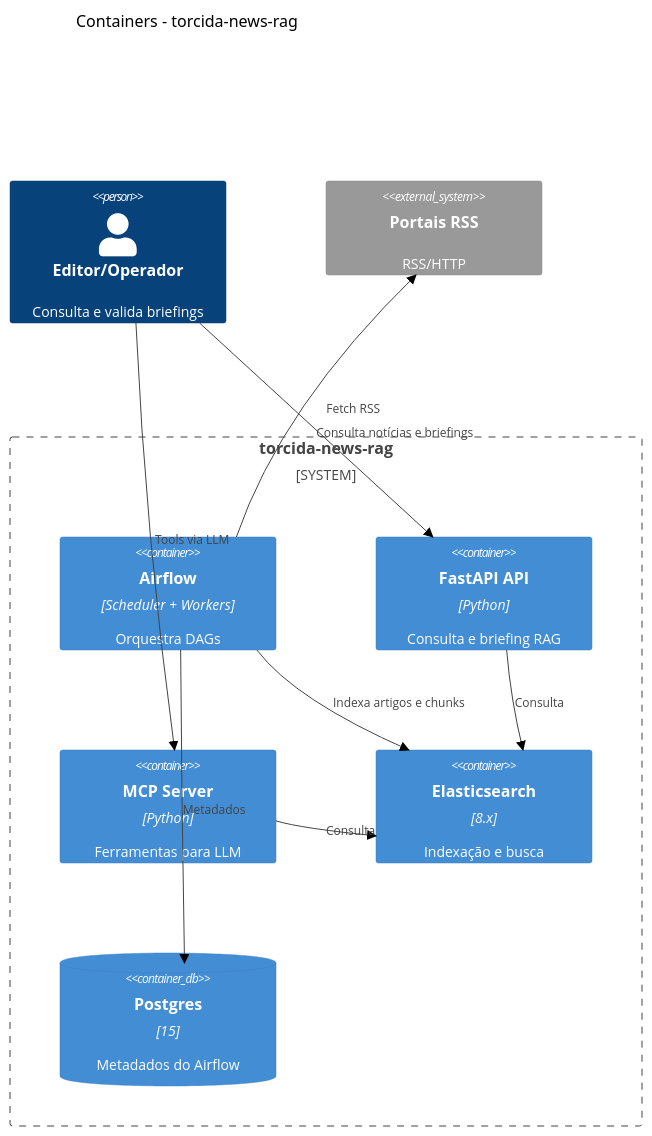
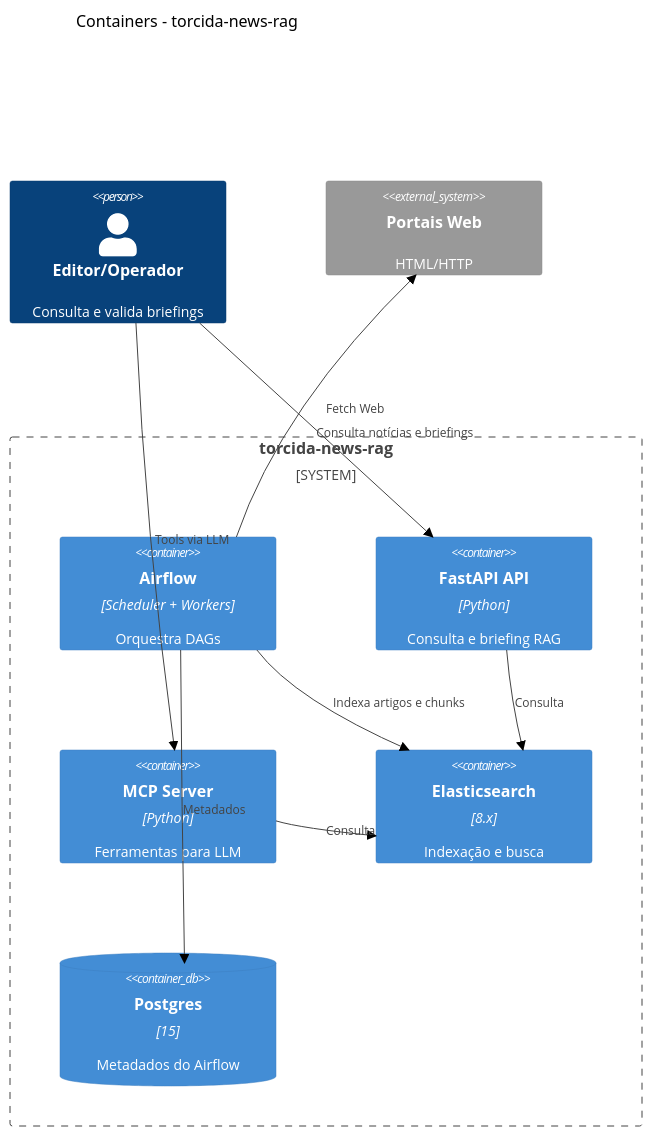
One commit to ramonabreu-data/rag_das_torcidas changed the third of 4 diagrams in README.md. Above: the diagram before and after it, drawn with Mermaid (forest theme). The commit also changed other lines of this file and 8 other files, not shown here.

````diff
--- a/README.md
+++ b/README.md
@@ -60,21 +61,21 @@
 ```mermaid
 C4Container
 title Containers - torcida-news-rag
 Person(user, "Editor/Operador", "Consulta e valida briefings")
 System_Boundary(s1, "torcida-news-rag") {
   Container(airflow, "Airflow", "Scheduler + Workers", "Orquestra DAGs")
   Container(api, "FastAPI API", "Python", "Consulta e briefing RAG")
   Container(mcp, "MCP Server", "Python", "Ferramentas para LLM")
   Container(es, "Elasticsearch", "8.x", "Indexação e busca")
   ContainerDb(pg, "Postgres", "15", "Metadados do Airflow")
 }
-System_Ext(rss, "Portais RSS", "RSS/HTTP")
+System_Ext(rss, "Portais Web", "HTML/HTTP")
 
 Rel(user, api, "Consulta notícias e briefings")
 Rel(user, mcp, "Tools via LLM")
-Rel(airflow, rss, "Fetch RSS")
+Rel(airflow, rss, "Fetch Web")
 Rel(airflow, es, "Indexa artigos e chunks")
 Rel(api, es, "Consulta")
 Rel(mcp, es, "Consulta")
 Rel(airflow, pg, "Metadados")
 ```
````
